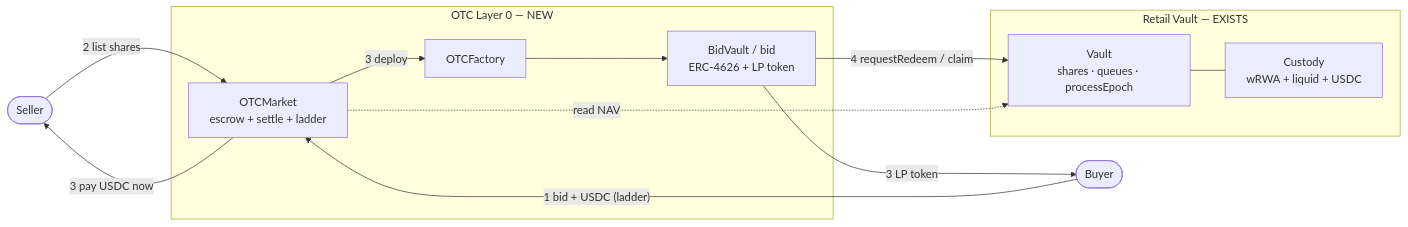
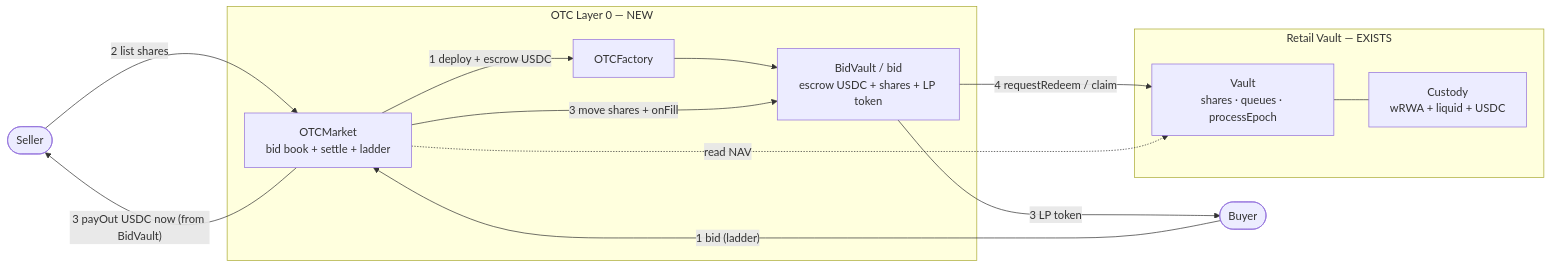
One commit to jesse-nhatcl/retail-vault-v1 changed the second of 2 diagrams in docs/07-otc-early-exit-alt1-1a.en.md. Above: the diagram before and after it, drawn with Mermaid. The commit also changed other lines of this file and 7 other files, not shown here.

Commit message:
docs: per-bid OTC design docs, diagrams, README

````diff
--- a/docs/07-otc-early-exit-alt1-1a.en.md
+++ b/docs/07-otc-early-exit-alt1-1a.en.md
@@ -280,22 +281,23 @@
 ```mermaid
 graph LR
     Seller([Seller])
     Buyer([Buyer])
     subgraph NEW["OTC Layer 0 — NEW"]
-        M[OTCMarket<br/>escrow + settle + ladder]
+        M[OTCMarket<br/>bid book + settle + ladder]
         F[OTCFactory]
-        BV[BidVault / bid<br/>ERC-4626 + LP token]
+        BV[BidVault / bid<br/>escrow USDC + shares + LP token]
     end
     subgraph CORE["Retail Vault — EXISTS"]
         V[Vault<br/>shares · queues · processEpoch]
         C[Custody<br/>wRWA + liquid + USDC]
     end
-    Buyer -->|"1 bid + USDC (ladder)"| M
+    Buyer -->|"1 bid (ladder)"| M
+    M -->|"1 deploy + escrow USDC"| F --> BV
     Seller -->|"2 list shares"| M
-    M -->|"3 deploy"| F --> BV
-    M -->|"3 pay USDC now"| Seller
+    M -->|"3 payOut USDC now (from BidVault)"| Seller
+    M -->|"3 move shares + onFill"| BV
     BV -->|"3 LP token"| Buyer
     BV -->|"4 requestRedeem / claim"| V
     M -. read NAV .-> V
     V --- C
 ```
````
